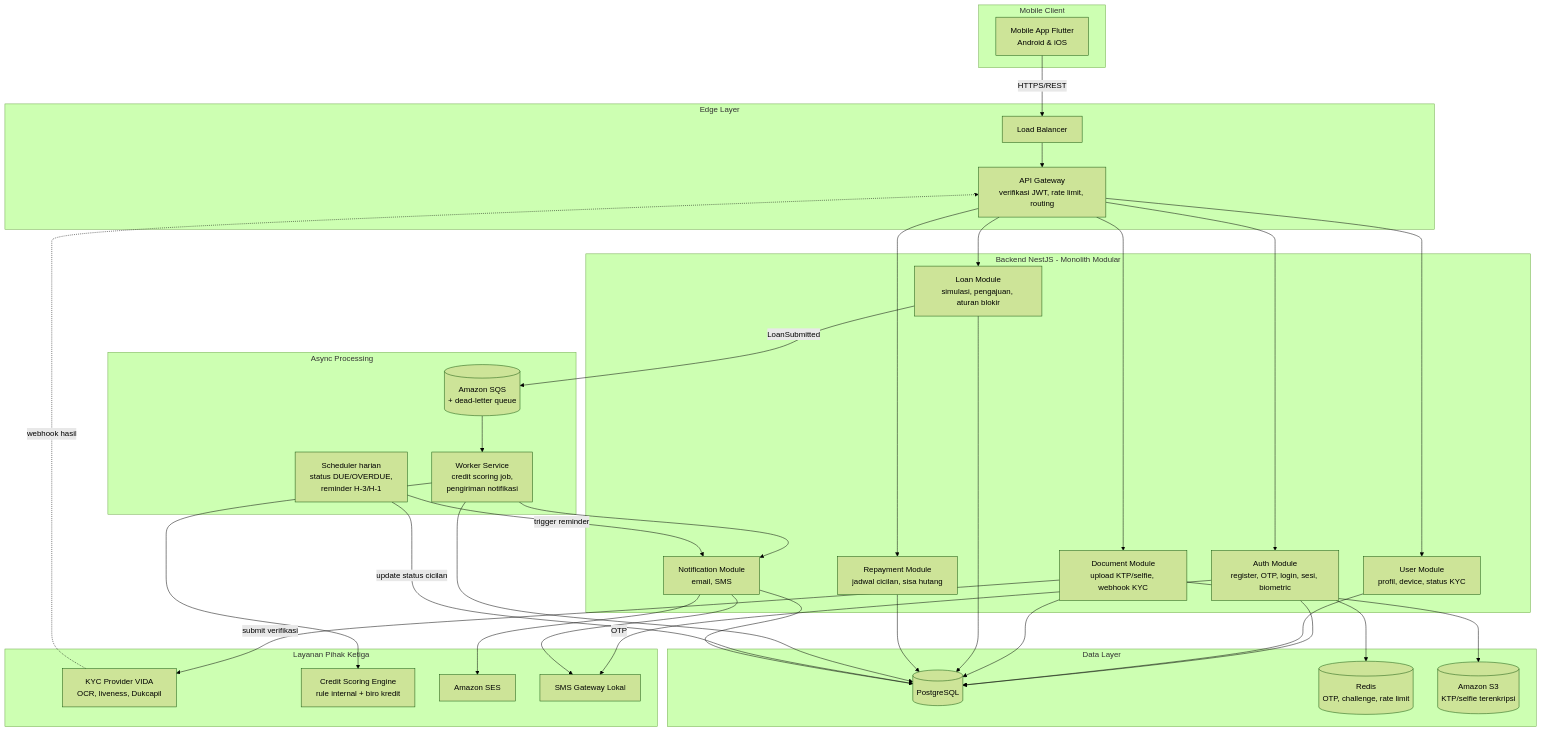
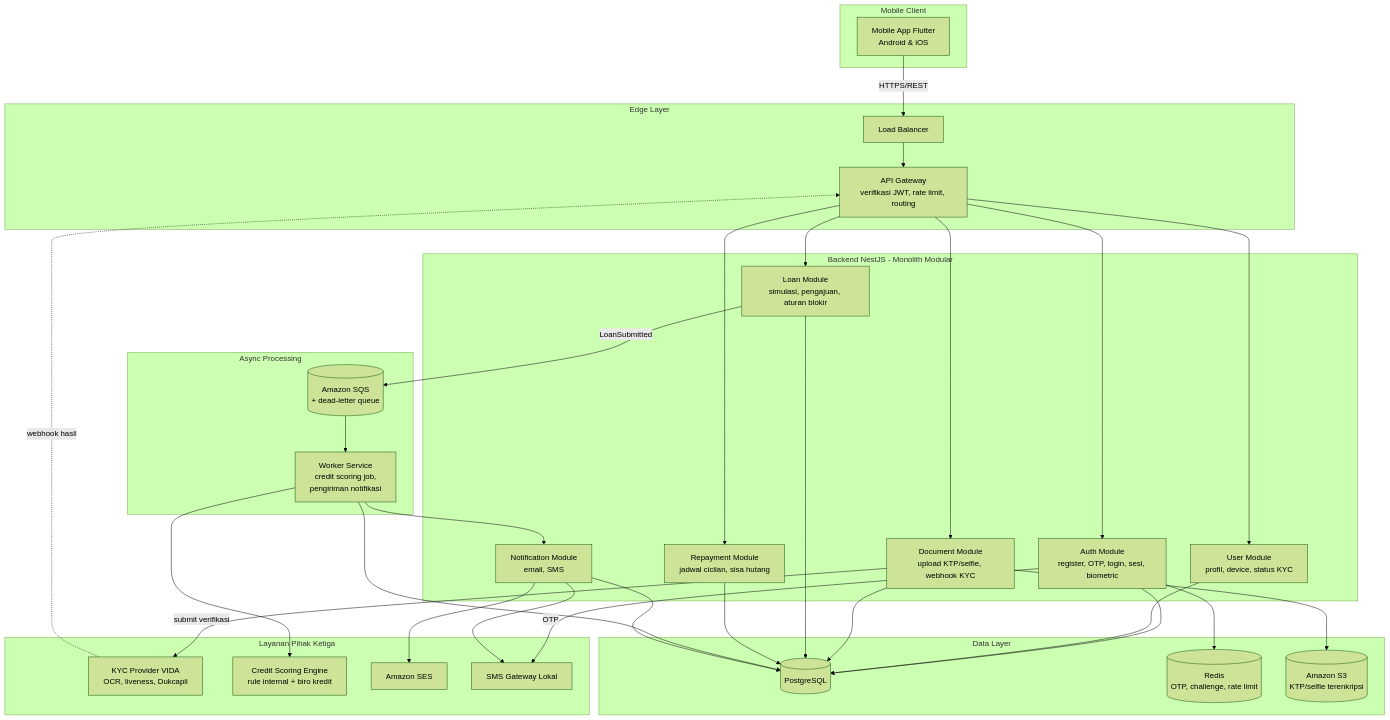
One commit to sendygit/assesment-solution-analyst changed the diagram in docs/01-architecture/high-level-architecture.md. Above: the diagram before and after it, drawn with Mermaid (forest theme). The commit also changed other lines of this file and 5 other files, not shown here.

````diff
--- a/docs/01-architecture/high-level-architecture.md
+++ b/docs/01-architecture/high-level-architecture.md
@@ -5,68 +5,65 @@
 ```mermaid
 flowchart TB
     subgraph Client["Mobile Client"]
         A1[Mobile App Flutter<br/>Android & iOS]
     end
 
     subgraph Edge["Edge Layer"]
         LB[Load Balancer]
         GW[API Gateway<br/>verifikasi JWT, rate limit, routing]
     end
 
     subgraph Backend["Backend NestJS - Monolith Modular"]
         AuthM[Auth Module<br/>register, OTP, login, sesi, biometric]
         UserM[User Module<br/>profil, device, status KYC]
         DocM[Document Module<br/>upload KTP/selfie, webhook KYC]
         LoanM[Loan Module<br/>simulasi, pengajuan, aturan blokir]
         RepayM[Repayment Module<br/>jadwal cicilan, sisa hutang]
         NotifM[Notification Module<br/>email, SMS]
     end
 
     subgraph Async["Async Processing"]
         Queue[(Amazon SQS<br/>+ dead-letter queue)]
         Worker[Worker Service<br/>credit scoring job,<br/>pengiriman notifikasi]
-        Scheduler[Scheduler harian<br/>status DUE/OVERDUE,<br/>reminder H-3/H-1]
     end
 
     subgraph Data["Data Layer"]
         DB[(PostgreSQL)]
         Cache[(Redis<br/>OTP, challenge, rate limit)]
         Blob[(Amazon S3<br/>KTP/selfie terenkripsi)]
     end
 
     subgraph ThirdParty["Layanan Pihak Ketiga"]
         KYC[KYC Provider VIDA<br/>OCR, liveness, Dukcapil]
         CreditScore[Credit Scoring Engine<br/>rule internal + biro kredit]
         EmailSvc[Amazon SES]
         SmsSvc[SMS Gateway Lokal]
     end
 
     A1 -->|HTTPS/REST| LB --> GW
     GW --> AuthM
     GW --> UserM
     GW --> DocM
     GW --> LoanM
     GW --> RepayM
 
     AuthM --> Cache
     AuthM --> DB
     AuthM -->|OTP| SmsSvc
     UserM --> DB
     DocM --> Blob
     DocM -->|submit verifikasi| KYC
     KYC -.->|webhook hasil| GW
     DocM --> DB
     LoanM --> DB
     LoanM -->|LoanSubmitted| Queue
     RepayM --> DB
 
     Queue --> Worker
     Worker --> CreditScore
     Worker --> DB
     Worker --> NotifM
-    Scheduler -->|update status cicilan| DB
-    Scheduler -->|trigger reminder| NotifM
     NotifM --> EmailSvc
     NotifM --> SmsSvc
     NotifM --> DB
 ```
````
